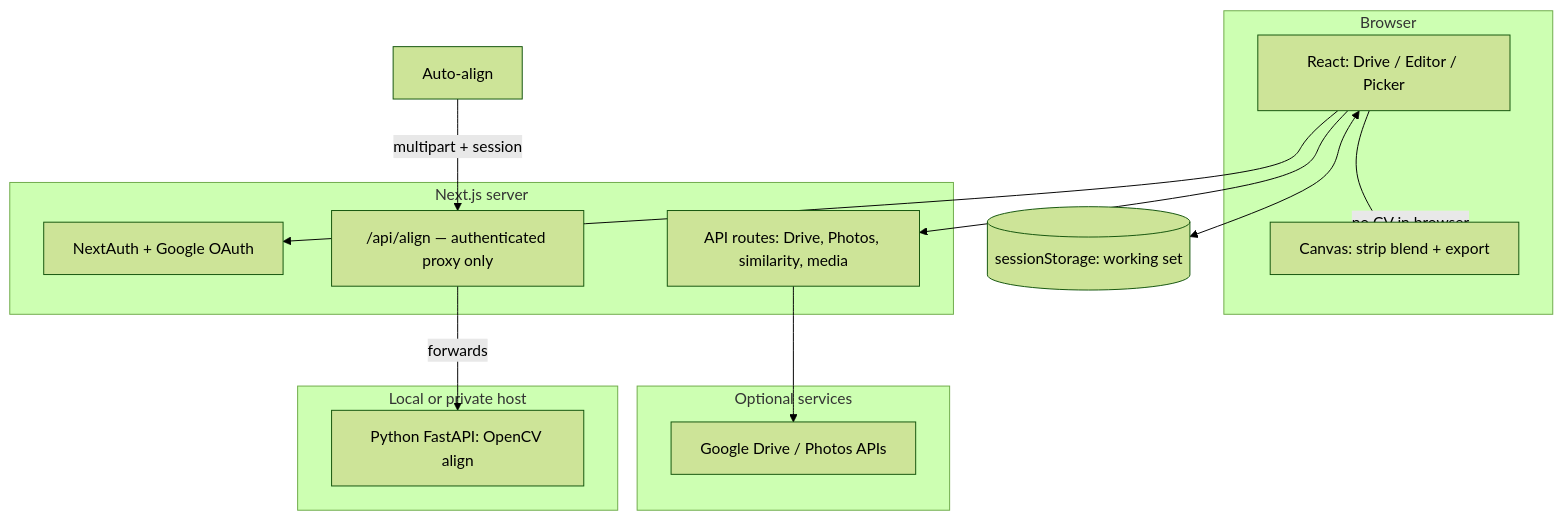
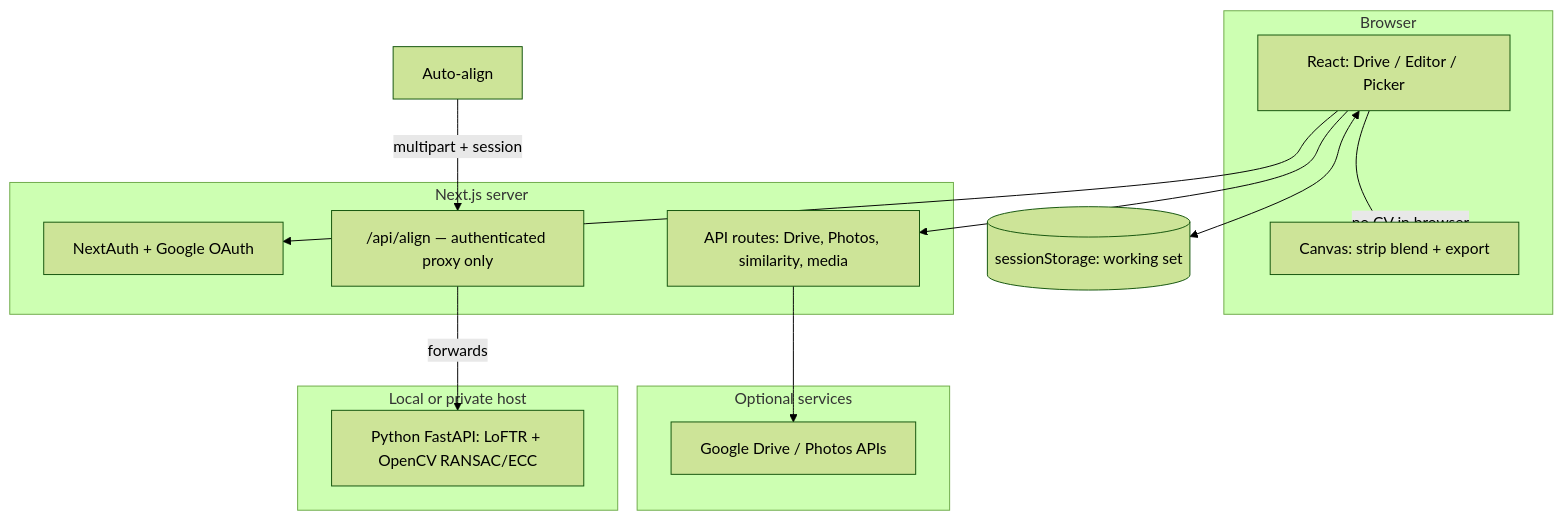
One commit to shreejitg/seasonal-photo-blender changed the diagram in README.md. Above: the diagram before and after it, drawn with Mermaid (forest theme). The commit also changed other lines of this file and 5 other files, not shown here.

````diff
--- a/README.md
+++ b/README.md
@@ -9,26 +9,26 @@
 ```mermaid
 flowchart TB
   subgraph client [Browser]
     UI[React: Drive / Editor / Picker]
     Canvas[Canvas: strip blend + export]
   end
   subgraph next [Next.js server]
     Auth[NextAuth + Google OAuth]
     API[API routes: Drive, Photos, similarity, media]
     Proxy["/api/align — authenticated proxy only"]
   end
   subgraph external [Optional services]
     G[Google Drive / Photos APIs]
   end
   subgraph sidecar [Local or private host]
-    CV[Python FastAPI: OpenCV align]
+    CV[Python FastAPI: LoFTR + OpenCV RANSAC/ECC]
   end
   UI --> Auth
   UI --> API
   UI --> Canvas
   API --> G
   ClientAlign[Auto-align] -->|multipart + session| Proxy -->|forwards| CV
   Canvas -.->|no CV in browser| client
   Session[(sessionStorage: working set)]
   UI <--> Session
 ```
````
